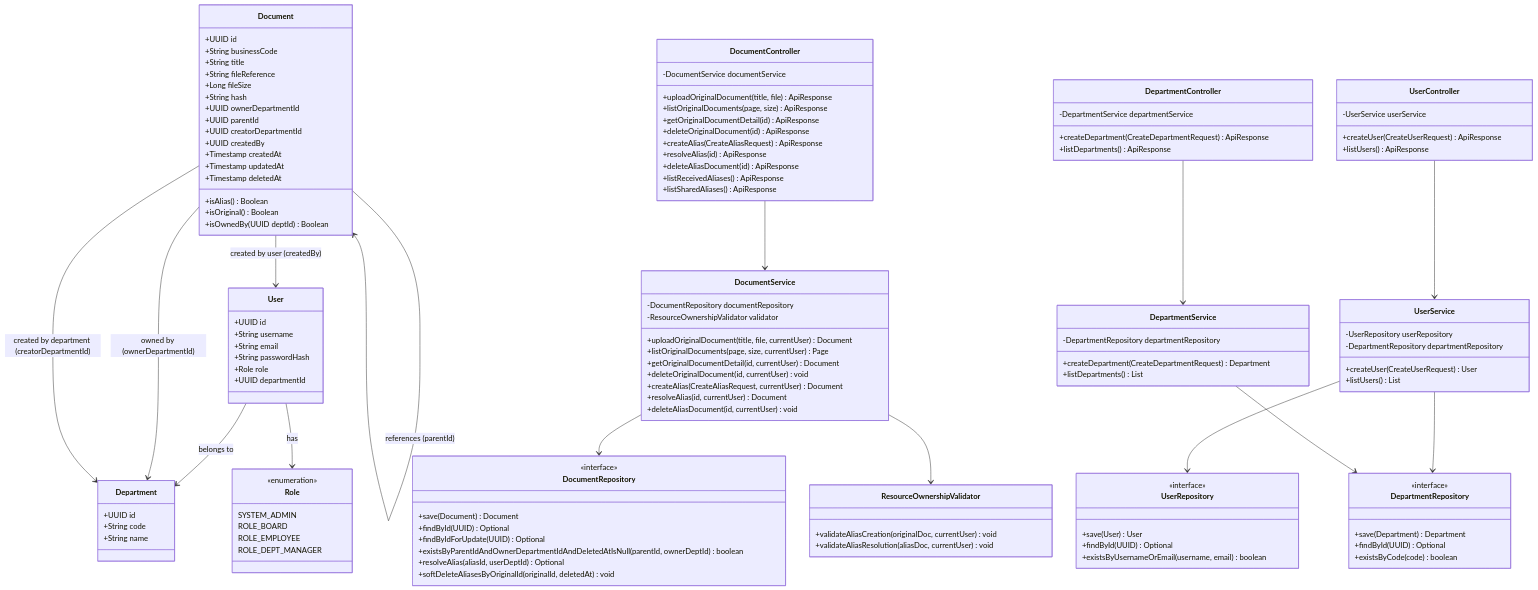
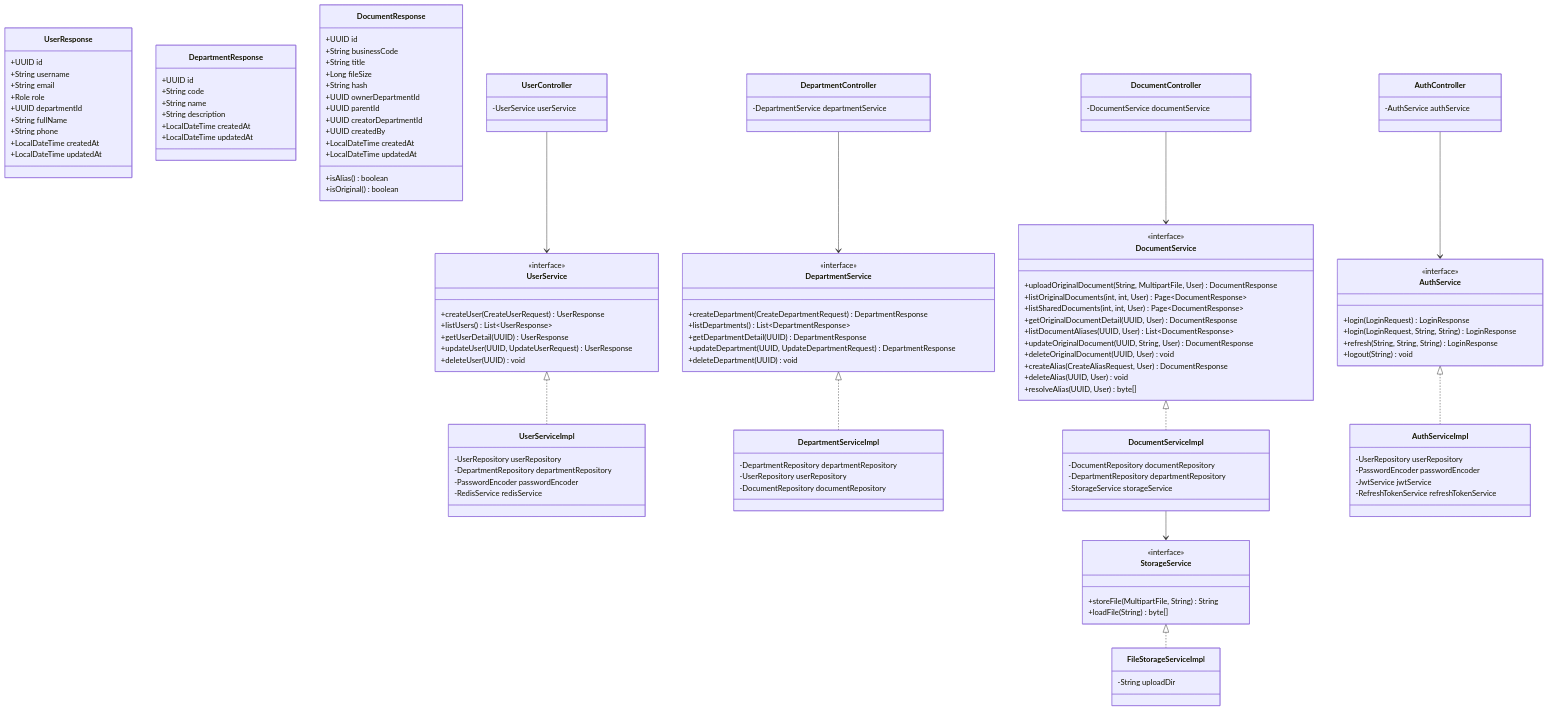
One commit to thanhhuong1523/enterprise-ai-systems changed diagram 21 of 21 in eap/docs/detailed_design.md. Above: the diagram before and after it, drawn with Mermaid. The commit also changed other lines of this file and 26 other files, not shown here.

````diff
--- a/eap/docs/detailed_design.md
+++ b/eap/docs/detailed_design.md
@@ -828,127 +833,132 @@
 ```mermaid
 classDiagram
-    class Department {
+    class UserResponse {
+        +UUID id
+        +String username
+        +String email
+        +Role role
+        +UUID departmentId
+        +String fullName
+        +String phone
+        +LocalDateTime createdAt
+        +LocalDateTime updatedAt
+    }
+    class DepartmentResponse {
         +UUID id
         +String code
         +String name
+        +String description
+        +LocalDateTime createdAt
+        +LocalDateTime updatedAt
     }
-    class User {
-        +UUID id
-        +String username
-        +String email
-        +String passwordHash
-        +Role role
-        +UUID departmentId
-    }
-    class Document {
+    class DocumentResponse {
         +UUID id
         +String businessCode
         +String title
-        +String fileReference
         +Long fileSize
         +String hash
         +UUID ownerDepartmentId
         +UUID parentId
         +UUID creatorDepartmentId
         +UUID createdBy
-        +Timestamp createdAt
-        +Timestamp updatedAt
-        +Timestamp deletedAt
-        +isAlias() Boolean
-        +isOriginal() Boolean
-        +isOwnedBy(UUID deptId) Boolean
+        +LocalDateTime createdAt
+        +LocalDateTime updatedAt
+        +isAlias() boolean
+        +isOriginal() boolean
     }
-    class Role {
-        <<enumeration>>
-        SYSTEM_ADMIN
-        ROLE_BOARD
-        ROLE_EMPLOYEE
-        ROLE_DEPT_MANAGER
+
+    class UserService {
+        <<interface>>
+        +createUser(CreateUserRequest) UserResponse
+        +listUsers() List~UserResponse~
+        +getUserDetail(UUID) UserResponse
+        +updateUser(UUID, UpdateUserRequest) UserResponse
+        +deleteUser(UUID) void
     }
-    
+    class UserServiceImpl {
+        -UserRepository userRepository
+        -DepartmentRepository departmentRepository
+        -PasswordEncoder passwordEncoder
+        -RedisService redisService
+    }
+    UserService <|.. UserServiceImpl
+
+    class DepartmentService {
+        <<interface>>
+        +createDepartment(CreateDepartmentRequest) DepartmentResponse
+        +listDepartments() List~DepartmentResponse~
+        +getDepartmentDetail(UUID) DepartmentResponse
+        +updateDepartment(UUID, UpdateDepartmentRequest) DepartmentResponse
+        +deleteDepartment(UUID) void
+    }
+    class DepartmentServiceImpl {
+        -DepartmentRepository departmentRepository
+        -UserRepository userRepository
+        -DocumentRepository documentRepository
+    }
+    DepartmentService <|.. DepartmentServiceImpl
+
+    class DocumentService {
+        <<interface>>
+        +uploadOriginalDocument(String, MultipartFile, User) DocumentResponse
+        +listOriginalDocuments(int, int, User) Page~DocumentResponse~
+        +listSharedDocuments(int, int, User) Page~DocumentResponse~
+        +getOriginalDocumentDetail(UUID, User) DocumentResponse
+        +listDocumentAliases(UUID, User) List~DocumentResponse~
+        +updateOriginalDocument(UUID, String, User) DocumentResponse
+        +deleteOriginalDocument(UUID, User) void
+        +createAlias(CreateAliasRequest, User) DocumentResponse
+        +deleteAlias(UUID, User) void
+        +resolveAlias(UUID, User) byte[]
+    }
+    class DocumentServiceImpl {
+        -DocumentRepository documentRepository
+        -DepartmentRepository departmentRepository
+        -StorageService storageService
+    }
+    DocumentService <|.. DocumentServiceImpl
+
+    class StorageService {
+        <<interface>>
+        +storeFile(MultipartFile, String) String
+        +loadFile(String) byte[]
+    }
+    class FileStorageServiceImpl {
+        -String uploadDir
+    }
+    StorageService <|.. FileStorageServiceImpl
+
+    class AuthService {
+        <<interface>>
+        +login(LoginRequest) LoginResponse
+        +login(LoginRequest, String, String) LoginResponse
+        +refresh(String, String, String) LoginResponse
+        +logout(String) void
+    }
+    class AuthServiceImpl {
+        -UserRepository userRepository
+        -PasswordEncoder passwordEncoder
+        -JwtService jwtService
+        -RefreshTokenService refreshTokenService
+    }
+    AuthService <|.. AuthServiceImpl
+
     class DocumentController {
         -DocumentService documentService
-        +uploadOriginalDocument(title, file) ApiResponse
-        +listOriginalDocuments(page, size) ApiResponse
-        +getOriginalDocumentDetail(id) ApiResponse
-        +deleteOriginalDocument(id) ApiResponse
-        +createAlias(CreateAliasRequest) ApiResponse
-        +resolveAlias(id) ApiResponse
-        +deleteAliasDocument(id) ApiResponse
-        +listReceivedAliases() ApiResponse
-        +listSharedAliases() ApiResponse
     }
     class UserController {
         -UserService userService
-        +createUser(CreateUserRequest) ApiResponse
-        +listUsers() ApiResponse
     }
     class DepartmentController {
         -DepartmentService departmentService
-        +createDepartment(CreateDepartmentRequest) ApiResponse
-        +listDepartments() ApiResponse
     }
-    class DocumentService {
-        -DocumentRepository documentRepository
-        -ResourceOwnershipValidator validator
-        +uploadOriginalDocument(title, file, currentUser) Document
-        +listOriginalDocuments(page, size, currentUser) Page
-        +getOriginalDocumentDetail(id, currentUser) Document
-        +deleteOriginalDocument(id, currentUser) void
-        +createAlias(CreateAliasRequest, currentUser) Document
-        +resolveAlias(id, currentUser) Document
-        +deleteAliasDocument(id, currentUser) void
+    class AuthController {
+        -AuthService authService
     }
-    class UserService {
-        -UserRepository userRepository
-        -DepartmentRepository departmentRepository
-        +createUser(CreateUserRequest) User
-        +listUsers() List
-    }
-    class DepartmentService {
-        -DepartmentRepository departmentRepository
-        +createDepartment(CreateDepartmentRequest) Department
-        +listDepartments() List
-    }
-    class ResourceOwnershipValidator {
-        +validateAliasCreation(originalDoc, currentUser) void
-        +validateAliasResolution(aliasDoc, currentUser) void
-    }
-    class DocumentRepository {
-        <<interface>>
-        +save(Document) Document
-        +findById(UUID) Optional
-        +findByIdForUpdate(UUID) Optional
-        +existsByParentIdAndOwnerDepartmentIdAndDeletedAtIsNull(parentId, ownerDeptId) boolean
-        +resolveAlias(aliasId, userDeptId) Optional
-        +softDeleteAliasesByOriginalId(originalId, deletedAt) void
-    }
-    class UserRepository {
-        <<interface>>
-        +save(User) User
-        +findById(UUID) Optional
-        +existsByUsernameOrEmail(username, email) boolean
-    }
-    class DepartmentRepository {
-        <<interface>>
-        +save(Department) Department
-        +findById(UUID) Optional
-        +existsByCode(code) boolean
-    }
-    
-    User --> Role : has
-    User --> Department : belongs to
-    Document --> Department : owned by (ownerDepartmentId)
-    Document --> Department : created by department (creatorDepartmentId)
-    Document --> Document : references (parentId)
-    Document --> User : created by user (createdBy)
-    
+
     DocumentController --> DocumentService
     UserController --> UserService
     DepartmentController --> DepartmentService
-    DocumentService --> DocumentRepository
-    DocumentService --> ResourceOwnershipValidator
-    UserService --> UserRepository
-    UserService --> DepartmentRepository
-    DepartmentService --> DepartmentRepository
+    AuthController --> AuthService
+    DocumentServiceImpl --> StorageService
 ```
````
